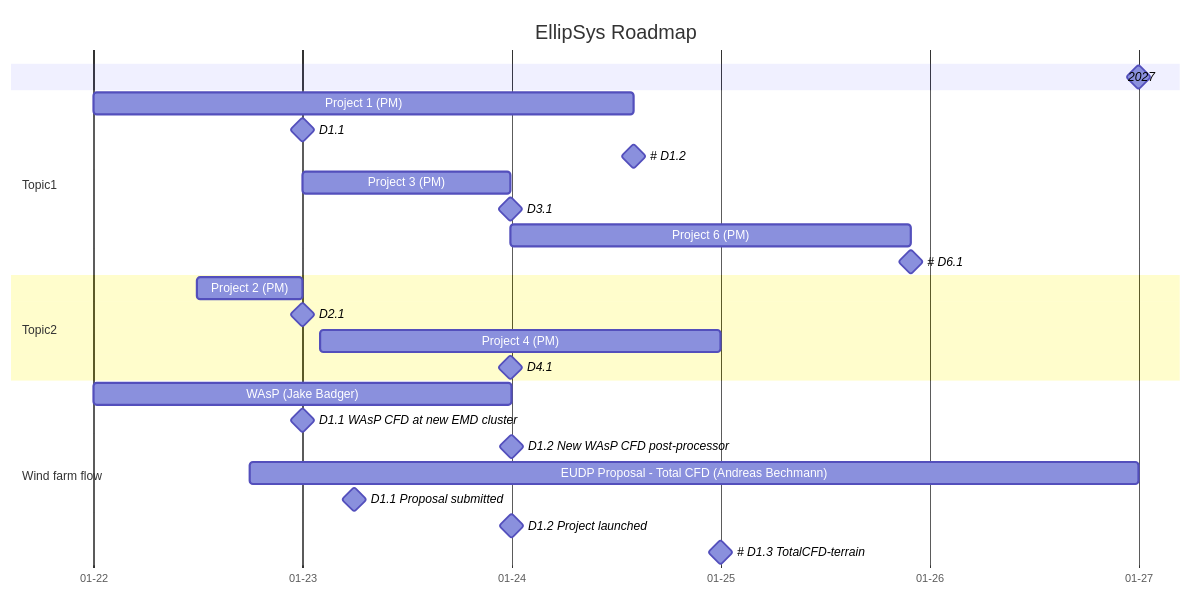
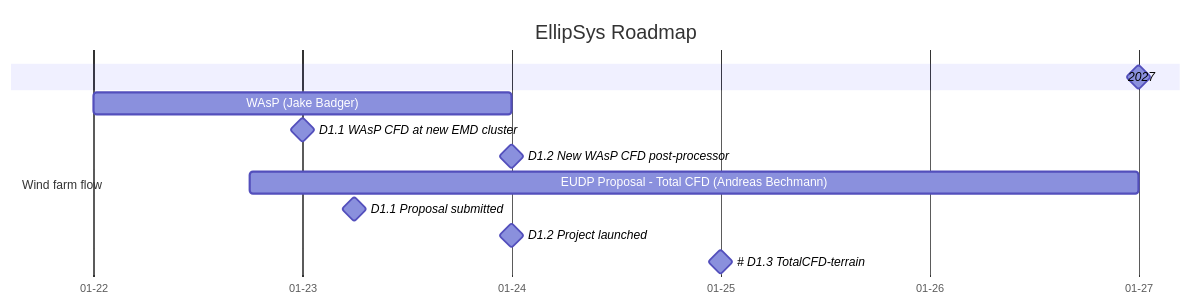
Before and after one commit to andh-dtu/test: the diagram in README.md, drawn with Mermaid.

````diff
--- a/README.md
+++ b/README.md
@@ -1,32 +1,19 @@
 ```mermaid
 gantt
 Title EllipSys Roadmap
 dateFormat YYYY-MM-DD
 axisFormat %m-%y
 
 2027 : milestone, 5-years, 2027-01-01, 2min
 
-section Topic1
-Project 1 (PM): p1, 2022-01-01, 2024-08-01
-D1.1 : milestone, m11, 2023-01-01, 2min
-# D1.2 : milestone, m12, after p1, 2min
-Project 3 (PM): p3, 2023-01-01, 52w
-D3.1 : milestone, m31, after p3, 2min
-Project 6 (PM): p6, after p3, 100w
-# D6.1 : milestone, m61, after p6, 2min
 
-section Topic2
-Project 2 (PM): p2, 2022-07-01, 2023-01-01
-D2.1 : milestone, m21, after p2, 2min
-Project 4 (PM): p4, 2023-02-01 , 100w
-D4.1 : milestone, m41, 2023-12-31, 2min
 
 section Wind farm flow
 WAsP (Jake Badger) : waspcfd, 2022-01-01, 2024-01-01
 D1.1 WAsP CFD at new EMD cluster : milestone, waspcfd_1, 2023-01-01, 2min
 D1.2 New WAsP CFD post-processor : milestone, waspcfd_2, 2024-01-01, 2min
 EUDP Proposal - Total CFD (Andreas Bechmann) : totalcfd, 2022-10-01, 2027-01-01
 D1.1 Proposal submitted : milestone, totalcfd_1, 2023-04-01, 2min
 D1.2 Project launched    : milestone, totalcfd_2, 2024-01-01, 2min
 # D1.3 TotalCFD-terrain : milestone, totalcfd_3, 2025-01-01, 2min
 ```
````
